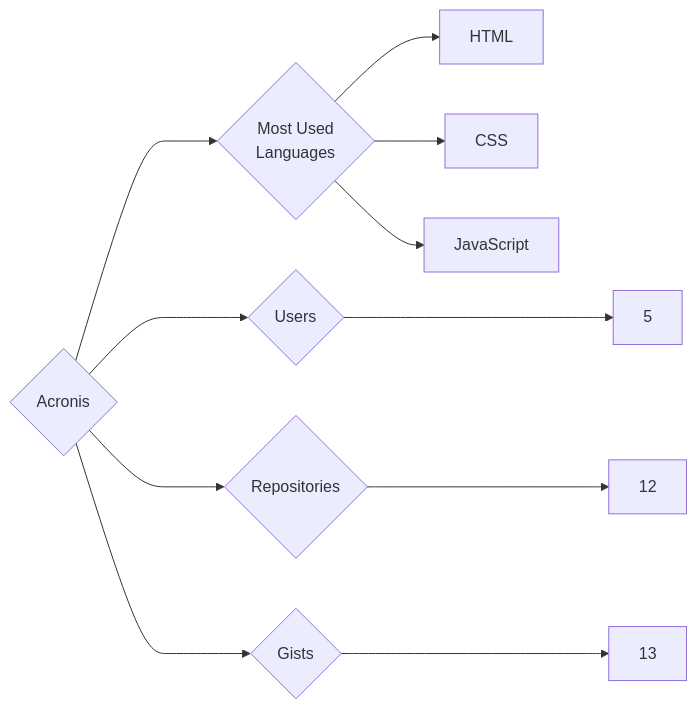
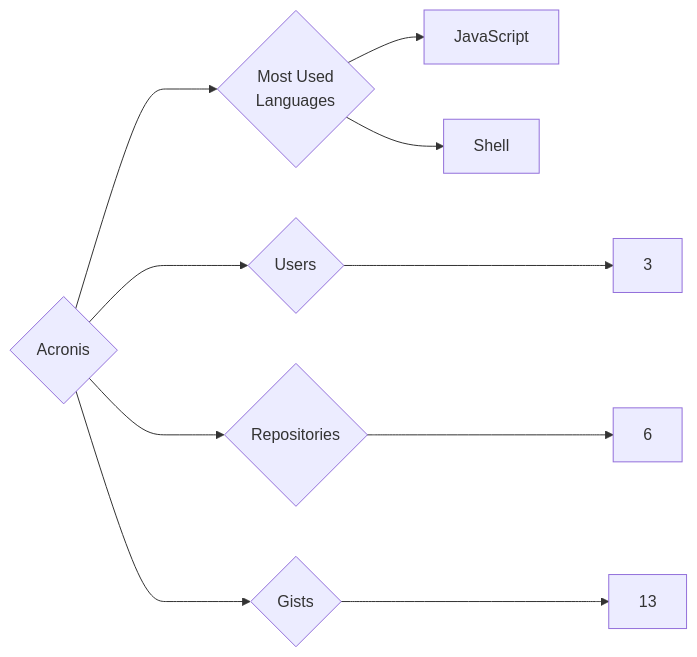
Before and after one commit to trickest/insiders: the diagram in targets/Acronis/README.md, drawn with Mermaid. The commit also changed 1170 other files, not shown here.

````diff
--- a/targets/Acronis/README.md
+++ b/targets/Acronis/README.md
@@ -3,11 +3,10 @@
 ```mermaid
 graph LR
 COMPANY_NAME{Acronis}
-COMPANY_NAME ---> U{Users} ---> UN[5]
-COMPANY_NAME ---> R{Repositories} ---> RN[12]
+COMPANY_NAME ---> U{Users} ---> UN[3]
+COMPANY_NAME ---> R{Repositories} ---> RN[6]
 COMPANY_NAME ---> G{Gists} ---> GN[13]
 COMPANY_NAME ---> ML{Most Used<br>Languages}
-ML --> HTML[HTML]
-ML --> CSS[CSS]
 ML --> JavaScript[JavaScript]
+ML --> Shell[Shell]
 ```
````
